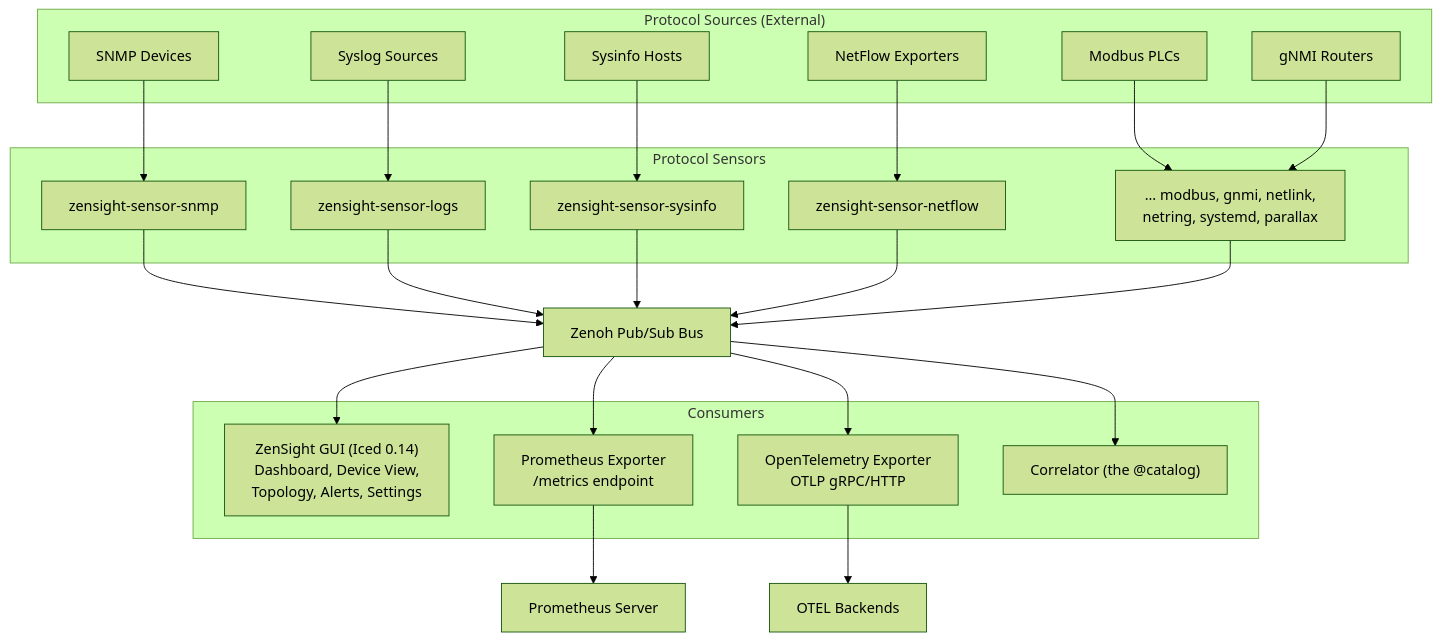
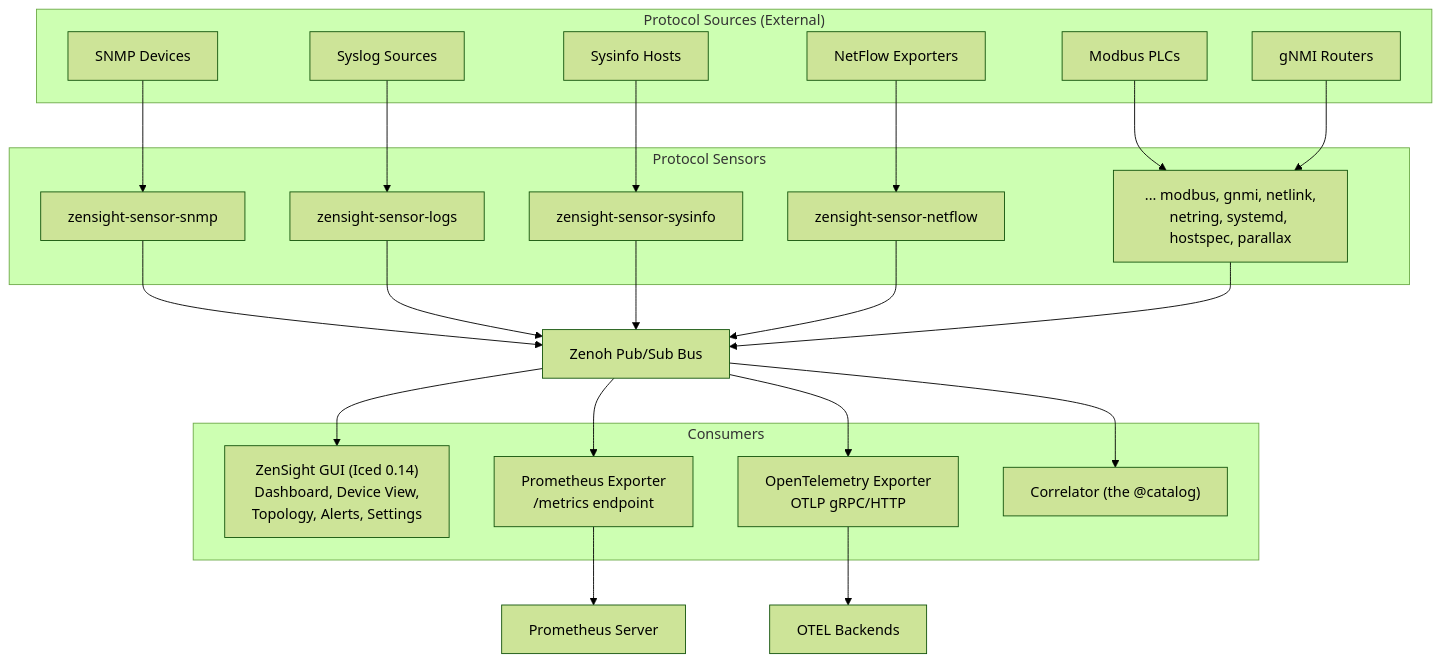
Before and after one commit to p13marc/zensight: the first of 8 diagrams in docs/ARCHITECTURE.md, drawn with Mermaid (forest theme). The commit also changed other lines of this file and 15 other files, not shown here.

````diff
--- a/docs/ARCHITECTURE.md
+++ b/docs/ARCHITECTURE.md
@@ -7,49 +7,49 @@
 ```mermaid
 flowchart TD
     subgraph Sources["Protocol Sources (External)"]
         SNMPDev["SNMP Devices"]
         SyslogSrc["Syslog Sources"]
         SysinfoHosts["Sysinfo Hosts"]
         NetFlowExp["NetFlow Exporters"]
         ModbusPLC["Modbus PLCs"]
         GnmiRouters["gNMI Routers"]
     end
 
     subgraph Sensors["Protocol Sensors"]
         SnmpSensor["zensight-sensor-snmp"]
         LogsSensor["zensight-sensor-logs"]
         SysinfoSensor["zensight-sensor-sysinfo"]
         NetflowSensor["zensight-sensor-netflow"]
-        OtherSensors["... modbus, gnmi, netlink,<br/>netring, systemd, parallax"]
+        OtherSensors["... modbus, gnmi, netlink,<br/>netring, systemd, hostspec, parallax"]
     end
 
     SNMPDev --> SnmpSensor
     SyslogSrc --> LogsSensor
     SysinfoHosts --> SysinfoSensor
     NetFlowExp --> NetflowSensor
     ModbusPLC --> OtherSensors
     GnmiRouters --> OtherSensors
 
     Bus["Zenoh Pub/Sub Bus"]
 
     SnmpSensor --> Bus
     LogsSensor --> Bus
     SysinfoSensor --> Bus
     NetflowSensor --> Bus
     OtherSensors --> Bus
 
     subgraph Consumers["Consumers"]
         GUI["ZenSight GUI (Iced 0.14)<br/>Dashboard, Device View,<br/>Topology, Alerts, Settings"]
         Prom["Prometheus Exporter<br/>/metrics endpoint"]
         OTel["OpenTelemetry Exporter<br/>OTLP gRPC/HTTP"]
         Correlator["Correlator (the @catalog)"]
     end
 
     Bus --> GUI
     Bus --> Prom
     Bus --> OTel
     Bus --> Correlator
 
     Prom --> PromServer["Prometheus Server"]
     OTel --> OTelBackend["OTEL Backends"]
 ```
````
